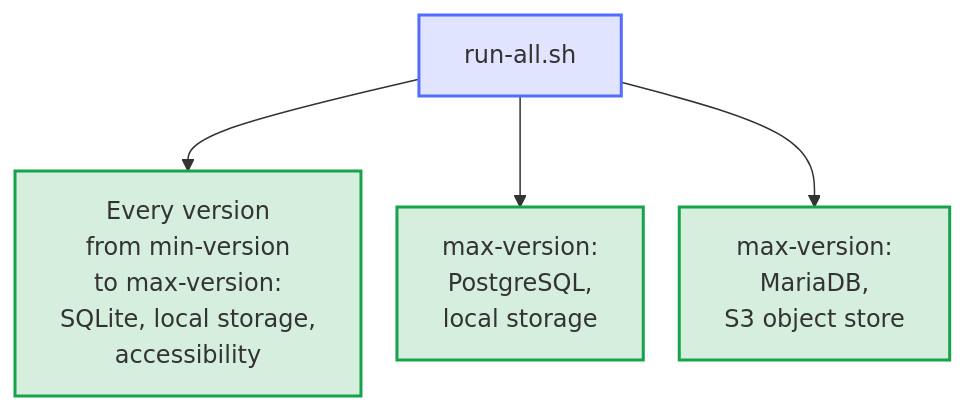
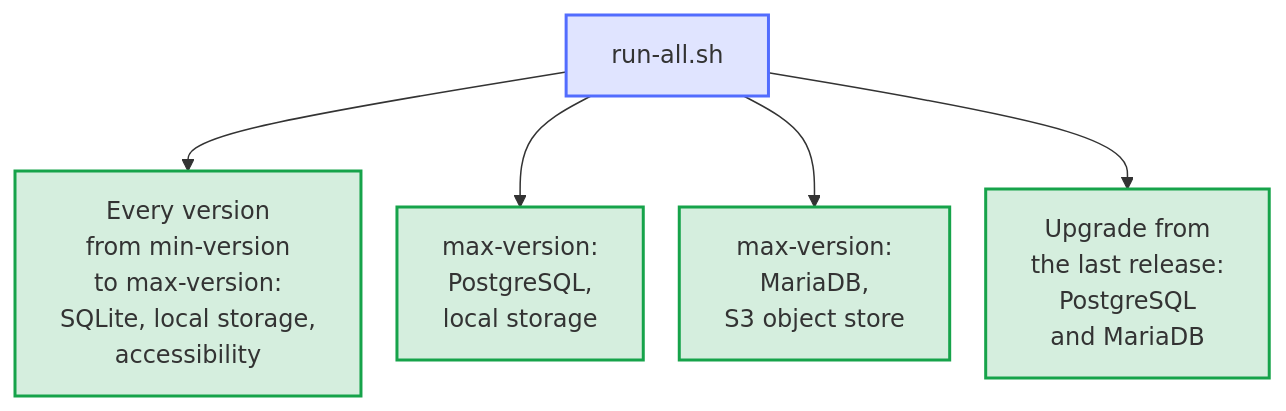
Before and after one commit to Dennis-Otto/paperless-sync: the diagram in docs/diagrams/what-run-all-sh-runs-side-by-side.mmd, drawn with Mermaid. The commit also changed 30 other files, not shown here.

First line of the commit message:
test(e2e): upgrade from the last release on PostgreSQL and MariaDB with the package users install (#266)

```diff
--- a/docs/diagrams/what-run-all-sh-runs-side-by-side.mmd
+++ b/docs/diagrams/what-run-all-sh-runs-side-by-side.mmd
@@ -1,22 +1,24 @@
 ---
 config:
   flowchart:
     nodeSpacing: 24
 ---
 flowchart TB
     accTitle: What run-all.sh runs side by side
-    accDescr: Every supported Nextcloud version, from min-version to max-version, runs on SQLite with local storage and with the accessibility check. The newest version also runs on PostgreSQL, and on MariaDB with an S3 object store, without the accessibility check, which doesn't depend on them.
+    accDescr: Every supported Nextcloud version, from min-version to max-version, runs on SQLite with local storage and with the accessibility check. The newest version also runs on PostgreSQL, and on MariaDB with an S3 object store, without the accessibility check, which doesn't depend on them. The newest version that the last release supports as well upgrades an installation in use from that release to the package of the commit, on PostgreSQL and on MariaDB.
 
     all["run-all.sh"]
     versions["Every version<br>from min-version<br>to max-version:<br>SQLite, local storage,<br>accessibility"]
     pgsql["max-version:<br>PostgreSQL,<br>local storage"]
     mysql["max-version:<br>MariaDB,<br>S3 object store"]
+    upgrade["Upgrade from<br>the last release:<br>PostgreSQL<br>and MariaDB"]
 
     all --> versions
     all --> pgsql
     all --> mysql
+    all --> upgrade
 
     classDef bot fill:#526cfe2e,stroke:#526cfe,stroke-width:2px
     classDef done fill:#16a34a2e,stroke:#16a34a,stroke-width:2px
     class all bot
-    class versions,pgsql,mysql done
+    class versions,pgsql,mysql,upgrade done
```
